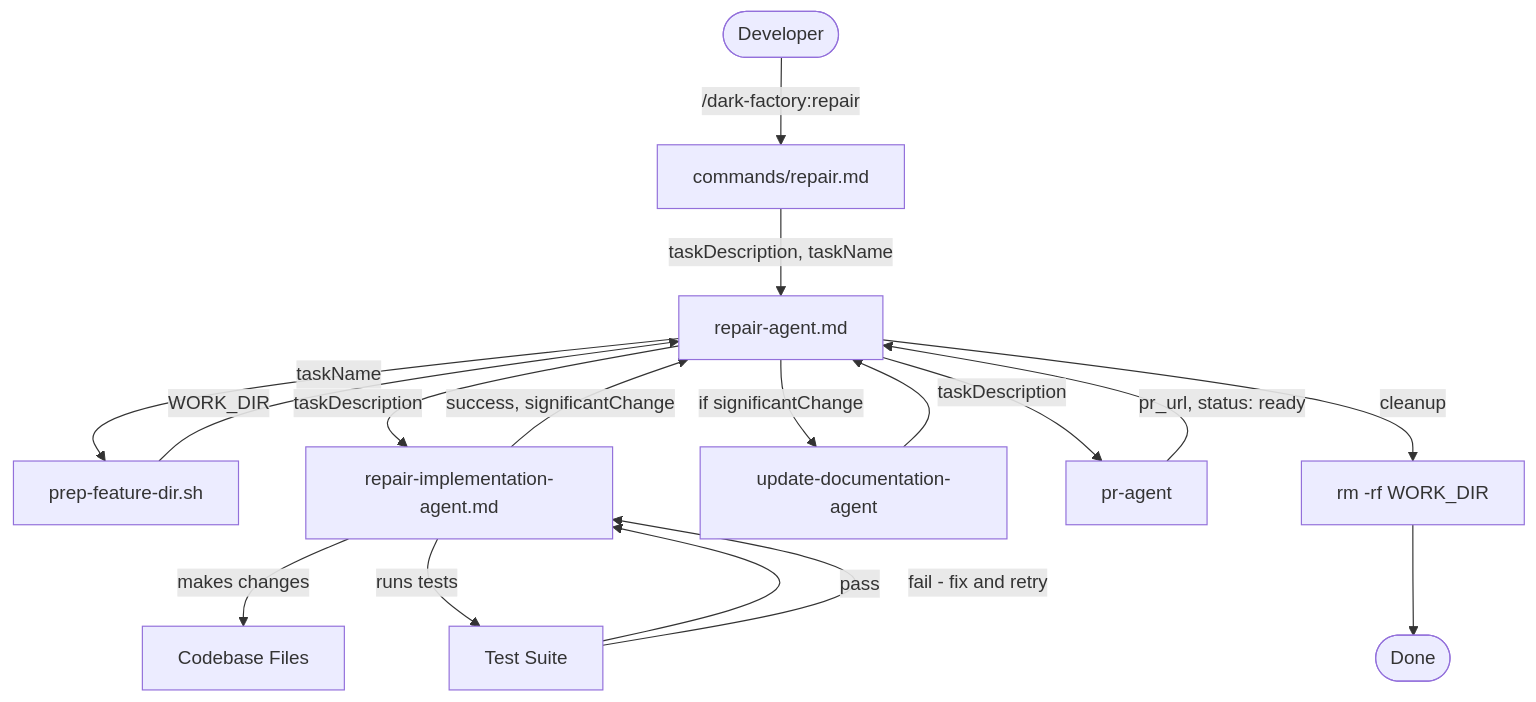
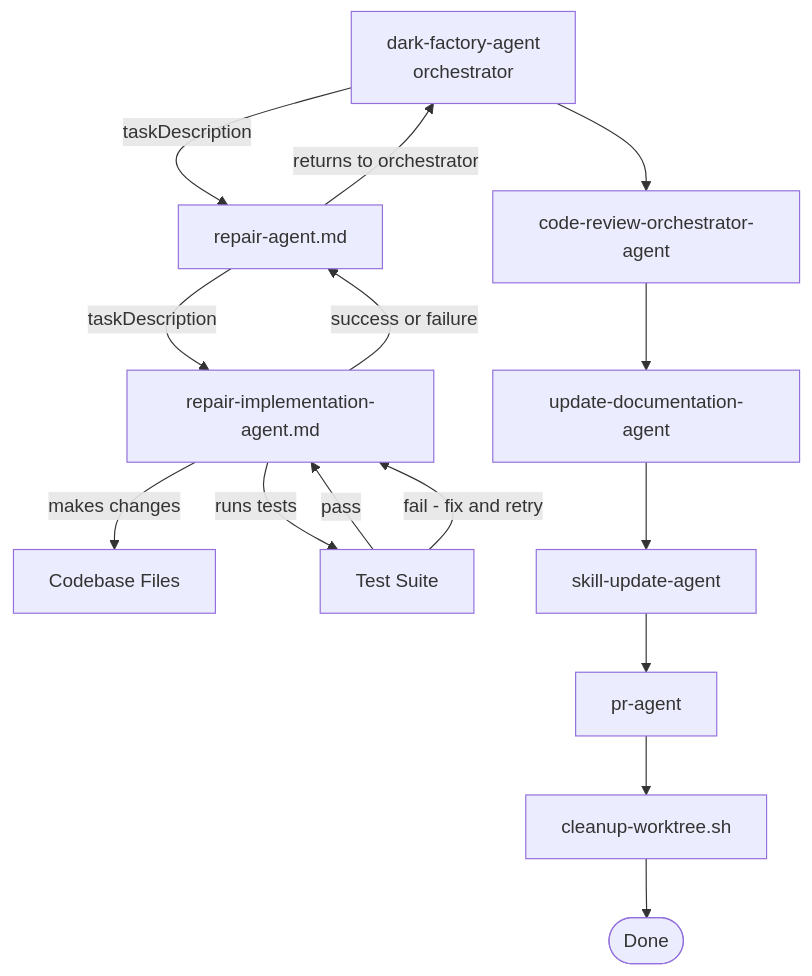
Before and after one commit to lewibs/dark-factory: the diagram in docs/docs/repair.md, drawn with Mermaid. The commit also changed other lines of this file and 7 other files, not shown here.

First line of the commit message:
refactor(repair-agent): unify repair route through full orchestrator flow

````diff
--- a/docs/docs/repair.md
+++ b/docs/docs/repair.md
@@ -13,19 +13,17 @@
 ```mermaid
 flowchart TD
-  User([Developer]) -->|/dark-factory:repair| CMD[commands/repair.md]
-  CMD -->|taskDescription, taskName| RA[repair-agent.md]
-  RA -->|taskName| PREP[prep-feature-dir.sh]
-  PREP -->|WORK_DIR| RA
+  DFA[dark-factory-agent\norchestrator] -->|taskDescription| RA[repair-agent.md]
   RA -->|taskDescription| RIA[repair-implementation-agent.md]
   RIA -->|makes changes| CODE[Codebase Files]
   RIA -->|runs tests| TESTS[Test Suite]
   TESTS -->|pass| RIA
   TESTS -->|fail - fix and retry| RIA
-  RIA -->|success, significantChange| RA
-  RA -->|if significantChange| UDA[update-documentation-agent]
-  UDA --> RA
-  RA -->|taskDescription| PRA[pr-agent]
-  PRA -->|pr_url, status: ready| RA
-  RA -->|cleanup| CLEANUP[rm -rf WORK_DIR]
-  CLEANUP --> Done([Done])
+  RIA -->|success or failure| RA
+  RA -->|returns to orchestrator| DFA
+  DFA --> CRO[code-review-orchestrator-agent]
+  CRO --> UDA[update-documentation-agent]
+  UDA --> SUA[skill-update-agent]
+  SUA --> PRA[pr-agent]
+  PRA --> Cleanup[cleanup-worktree.sh]
+  Cleanup --> Done([Done])
 ```
````
